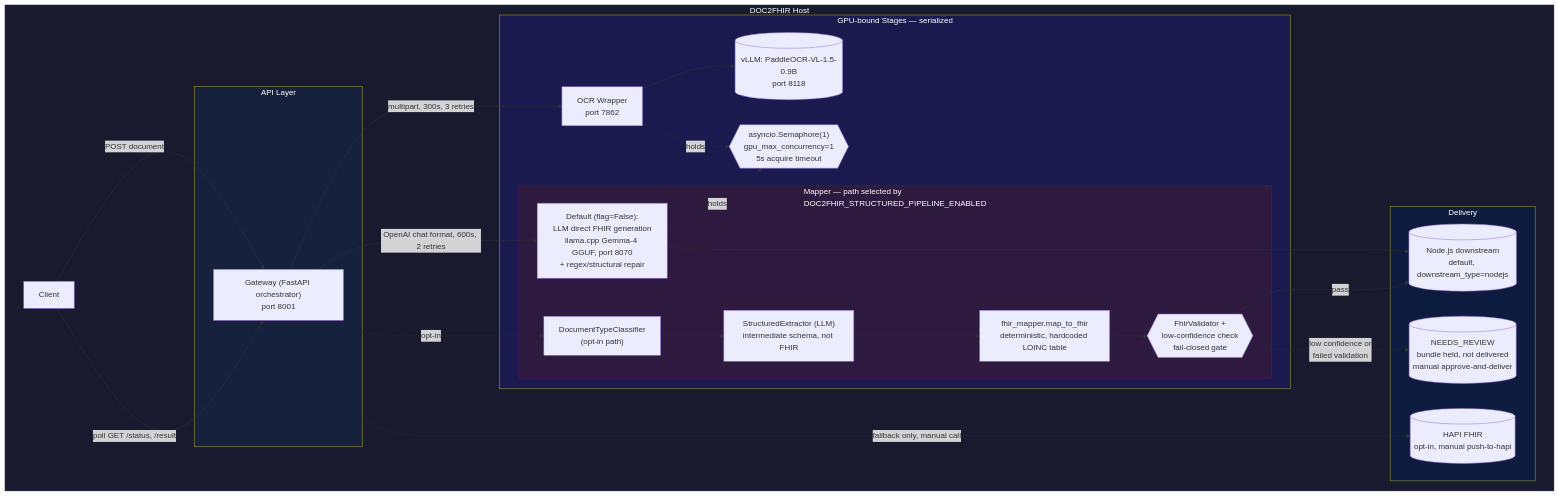
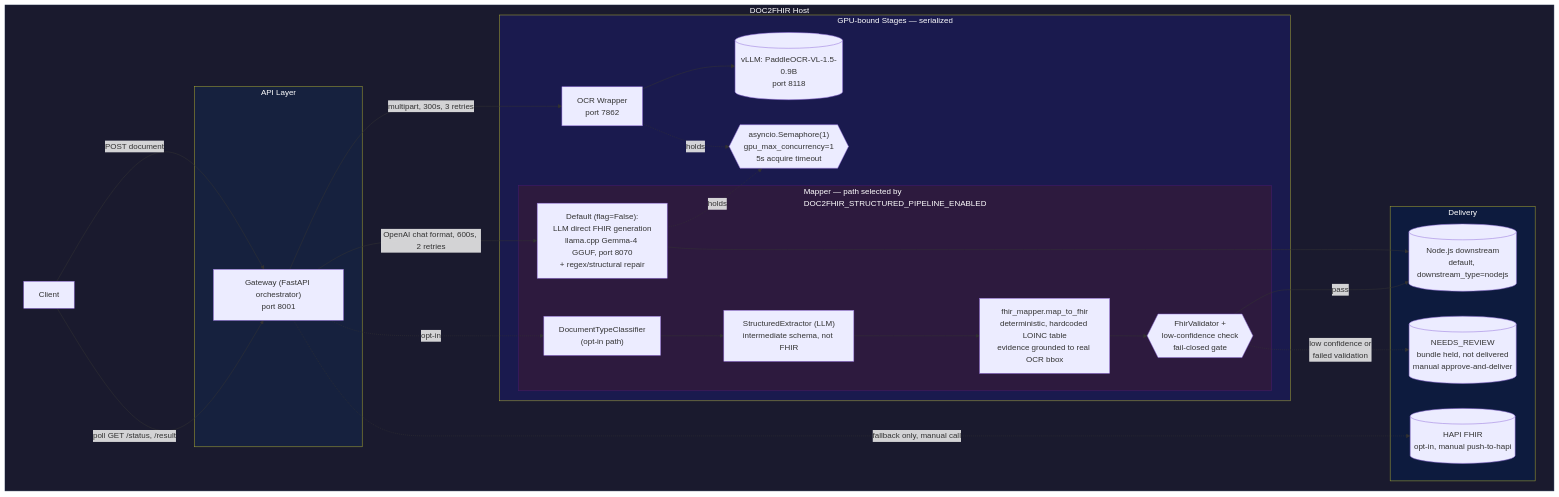
One commit to Belal0066/CFI-Care changed the second of 4 diagrams in ai/README.md. Above: the diagram before and after it, drawn with Mermaid. The commit also changed other lines of this file, not shown here.

First line of the commit message:
Bring the front-door README diagrams up to date with this session's redesign

````diff
--- a/ai/README.md
+++ b/ai/README.md
@@ -62,50 +62,50 @@
 ```mermaid
 flowchart TB
     subgraph HOST["DOC2FHIR Host"]
         style HOST fill:#1a1a2e,color:#fff,stroke:#16213e
 
         CLIENT["Client"]
 
         subgraph APILayer["API Layer"]
             style APILayer fill:#16213e,color:#fff
             GW["Gateway (FastAPI orchestrator)<br/>port 8001"]
         end
 
         subgraph GPU["GPU-bound Stages — serialized"]
             style GPU fill:#1a1a4e,color:#fff
             LOCK{{"asyncio.Semaphore(1)<br/>gpu_max_concurrency=1<br/>5s acquire timeout"}}
             OCR["OCR Wrapper<br/>port 7862"]
             VLLM[("vLLM: PaddleOCR-VL-1.5-0.9B<br/>port 8118")]
 
             subgraph MapperChoice["Mapper — path selected by<br/>DOC2FHIR_STRUCTURED_PIPELINE_ENABLED"]
                 style MapperChoice fill:#2d1a3e,color:#fff,stroke:#4a1a6e
                 DEFAULT["Default (flag=False):<br/>LLM direct FHIR generation<br/>llama.cpp Gemma-4 GGUF, port 8070<br/>+ regex/structural repair"]
                 CLS["DocumentTypeClassifier<br/>(opt-in path)"]
                 STRUCTEX["StructuredExtractor (LLM)<br/>intermediate schema, not FHIR"]
-                MAP["fhir_mapper.map_to_fhir<br/>deterministic, hardcoded LOINC table"]
+                MAP["fhir_mapper.map_to_fhir<br/>deterministic, hardcoded LOINC table<br/>evidence grounded to real OCR bbox"]
                 VAL{{"FhirValidator +<br/>low-confidence check<br/>fail-closed gate"}}
                 CLS --> STRUCTEX --> MAP --> VAL
             end
         end
 
         subgraph Delivery["Delivery"]
             style Delivery fill:#0d1b3e,color:#fff
             NODEJS[("Node.js downstream<br/>default, downstream_type=nodejs")]
             HAPIOPT[("HAPI FHIR<br/>opt-in, manual push-to-hapi")]
             REVIEW[("NEEDS_REVIEW<br/>bundle held, not delivered<br/>manual approve-and-deliver")]
         end
     end
 
     CLIENT -->|"POST document"| GW
     GW -->|"multipart, 300s, 3 retries"| OCR
     OCR --> VLLM
     OCR -. holds .-> LOCK
     GW -->|"OpenAI chat format, 600s, 2 retries"| DEFAULT
     GW -.->|"opt-in"| CLS
     DEFAULT -. holds .-> LOCK
     DEFAULT --> NODEJS
     VAL -->|"pass"| NODEJS
     VAL -.->|"low confidence or<br/>failed validation"| REVIEW
     GW -.->|"fallback only, manual call"| HAPIOPT
     CLIENT -->|"poll GET /status, /result"| GW
 ```
````
